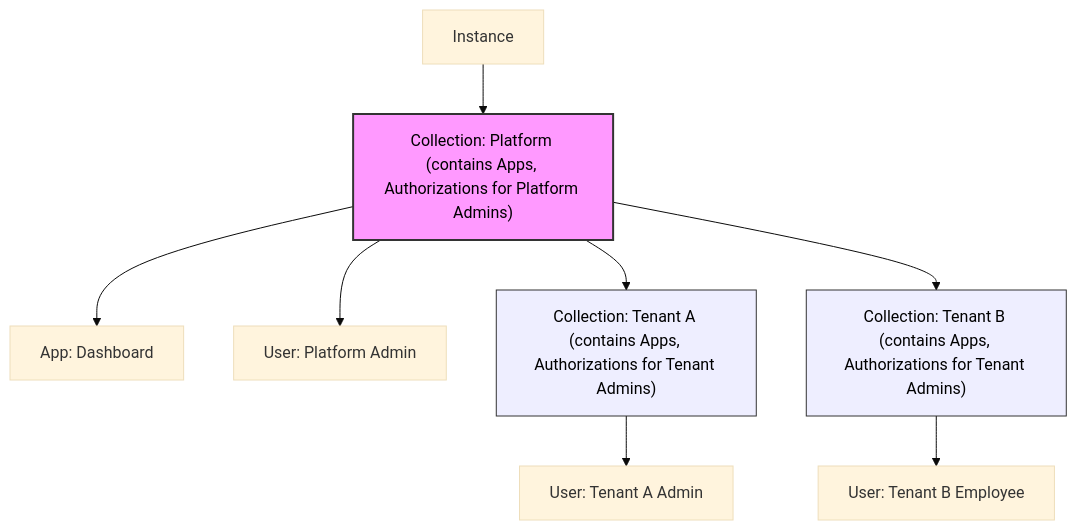
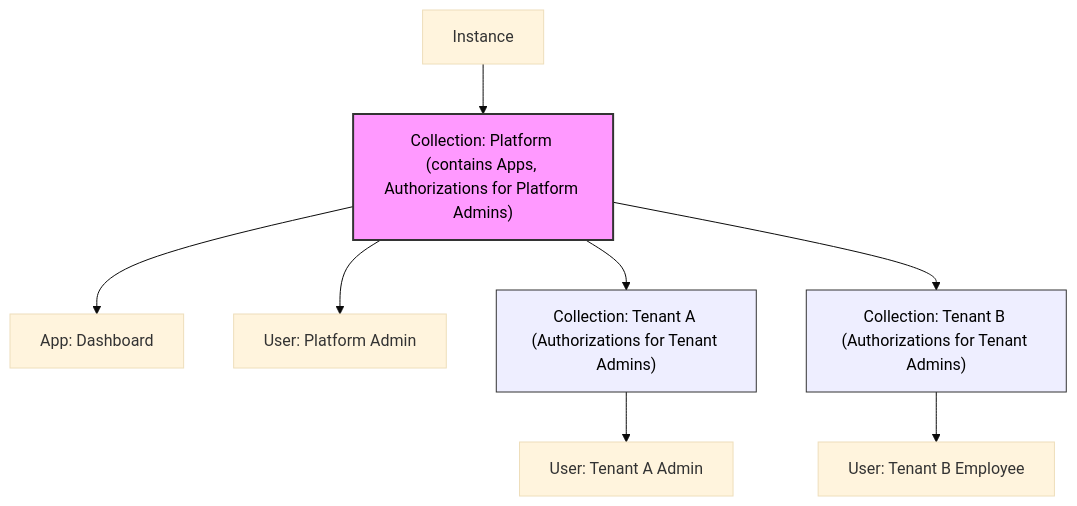
One commit to zitadel/zitadel changed the fourth of 4 diagrams in aether_radical.md. Above: the diagram before and after it, drawn with Mermaid (base theme). The commit also changed other lines of this file, not shown here.

````diff
--- a/aether_radical.md
+++ b/aether_radical.md
@@ -190,29 +190,29 @@
 ```mermaid
 graph TD
     Instance[Instance]
     Platform["Collection: Platform (contains Apps, Authorizations for Platform Admins)"]
 
     App["App: Dashboard"]
 
     UserC["User: Platform Admin"]
 
-    TenantA["Collection: Tenant A (contains Apps, Authorizations for Tenant Admins)"]
+    TenantA["Collection: Tenant A (Authorizations for Tenant Admins)"]
     UserA["User: Tenant A Admin"]
 
-    TenantB["Collection: Tenant B (contains Apps, Authorizations for Tenant Admins)"]
+    TenantB["Collection: Tenant B (Authorizations for Tenant Admins)"]
     UserB["User: Tenant B Employee"]
 
     Instance --> Platform
     Platform --> TenantA
     Platform --> TenantB
 
     Platform --> App
     Platform --> UserC
 
     TenantA --> UserA
     TenantB --> UserB
 
     style Platform fill:#f9f,stroke:#333,stroke-width:2px,color:#000
     style TenantA fill:#eef,stroke:#333,stroke-width:1px,color:#000
     style TenantB fill:#eef,stroke:#333,stroke-width:1px,color:#000
 ```
````
